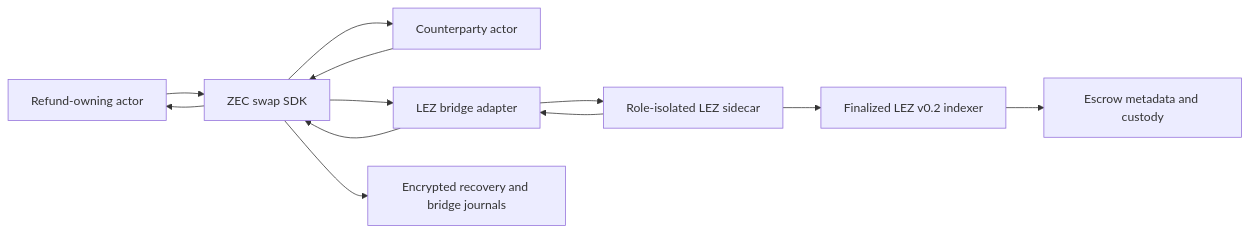
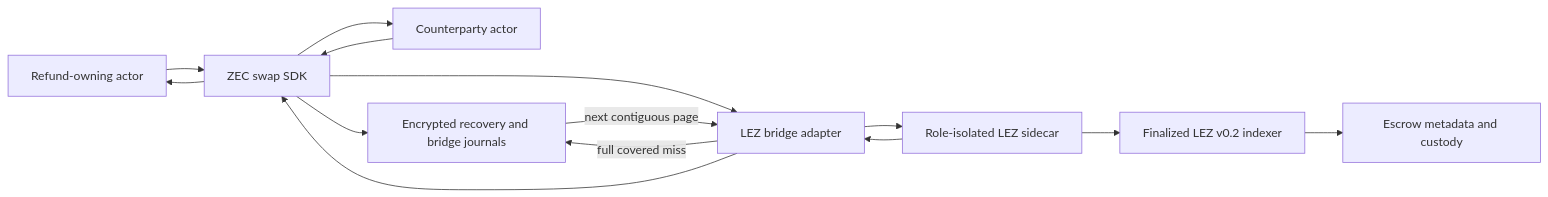
The first of 2 diagrams in docs/architecture/0102-observe-refunds-from-finalized-window-prefixes.md (gateway-fm/lez-atomic-swaps), drawn with Mermaid before and after one commit. The commit also changed other lines of this file and 16 other files, not shown here.

````diff
--- a/docs/architecture/0102-observe-refunds-from-finalized-window-prefixes.md
+++ b/docs/architecture/0102-observe-refunds-from-finalized-window-prefixes.md
@@ -41,23 +53,25 @@
 ```mermaid
 flowchart LR
     OwnerActor["Refund-owning actor"]
     PeerActor["Counterparty actor"]
     SDK["ZEC swap SDK"]
     Adapter["LEZ bridge adapter"]
     Sidecar["Role-isolated LEZ sidecar"]
     Indexer["Finalized LEZ v0.2 indexer"]
     Journal["Encrypted recovery and bridge journals"]
     Escrow["Escrow metadata and custody"]
 
     OwnerActor --> SDK
     PeerActor --> SDK
     SDK --> Journal
     SDK --> Adapter
     Adapter --> Sidecar
     Sidecar --> Indexer
     Indexer --> Escrow
     Sidecar --> Adapter
+    Adapter -->|"full covered miss"| Journal
+    Journal -->|"next contiguous page"| Adapter
     Adapter --> SDK
     SDK --> OwnerActor
     SDK --> PeerActor
 ```
````
